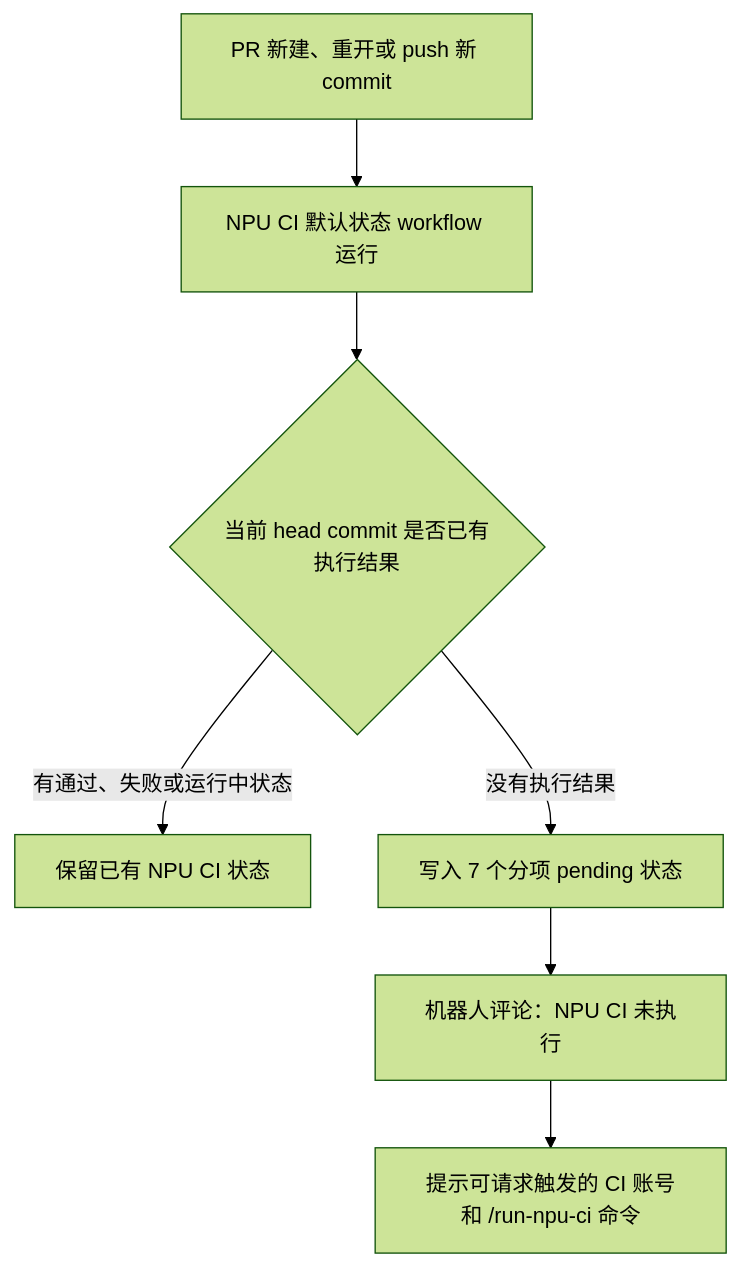
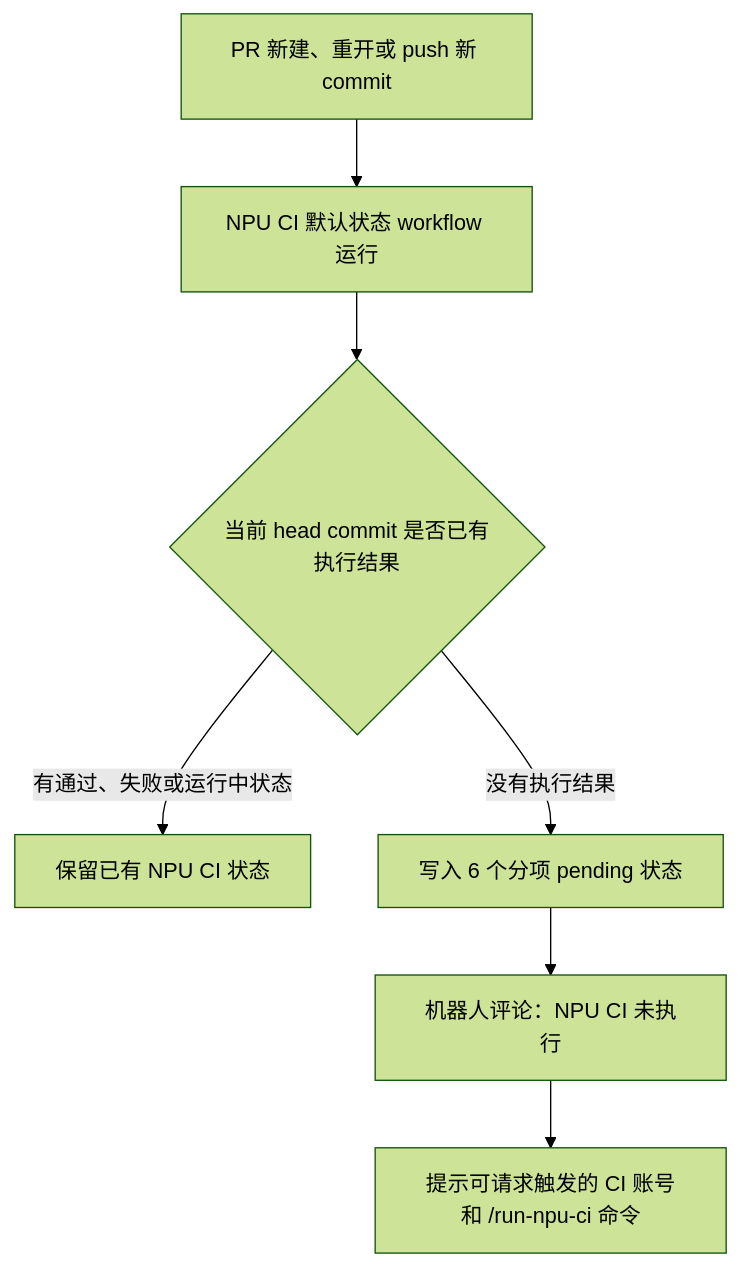
Before and after one commit to AnnYE131/flash-linear-attention-npu: the first of 4 diagrams in docs/Fla-npu仓CI部署教程.md, drawn with Mermaid (forest theme). The commit also changed other lines of this file and 14 other files, not shown here.

````diff
--- a/docs/Fla-npu仓CI部署教程.md
+++ b/docs/Fla-npu仓CI部署教程.md
@@ -85,9 +84,9 @@
 ```mermaid
 flowchart TD
     A["PR 新建、重开或 push 新 commit"] --> B["NPU CI 默认状态 workflow 运行"]
     B --> C{"当前 head commit 是否已有执行结果"}
     C -- "有通过、失败或运行中状态" --> D["保留已有 NPU CI 状态"]
-    C -- "没有执行结果" --> E["写入 7 个分项 pending 状态"]
+    C -- "没有执行结果" --> E["写入 6 个分项 pending 状态"]
     E --> F["机器人评论：NPU CI 未执行"]
     F --> G["提示可请求触发的 CI 账号和 /run-npu-ci 命令"]
 ```
````
